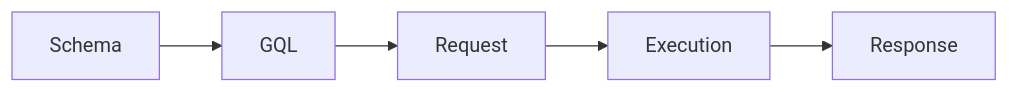
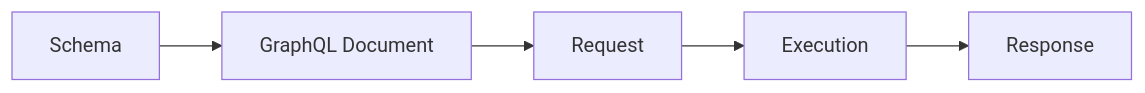
Before and after one commit to etler/minimalist-guide: the sixth of 13 diagrams in graphql.md, drawn with Mermaid. The commit also changed other lines of this file, not shown here.

Commit message:
Clarify GraphQL terminology and introduce terms before use

````diff
--- a/graphql.md
+++ b/graphql.md
@@ -296,7 +296,7 @@
 ```mermaid
 flowchart LR
-    S[Schema] --> G[GQL]
+    S[Schema] --> G[GraphQL Document]
     G --> R[Request]
     R --> E[Execution]
     E --> O[Response]
 ```
````
